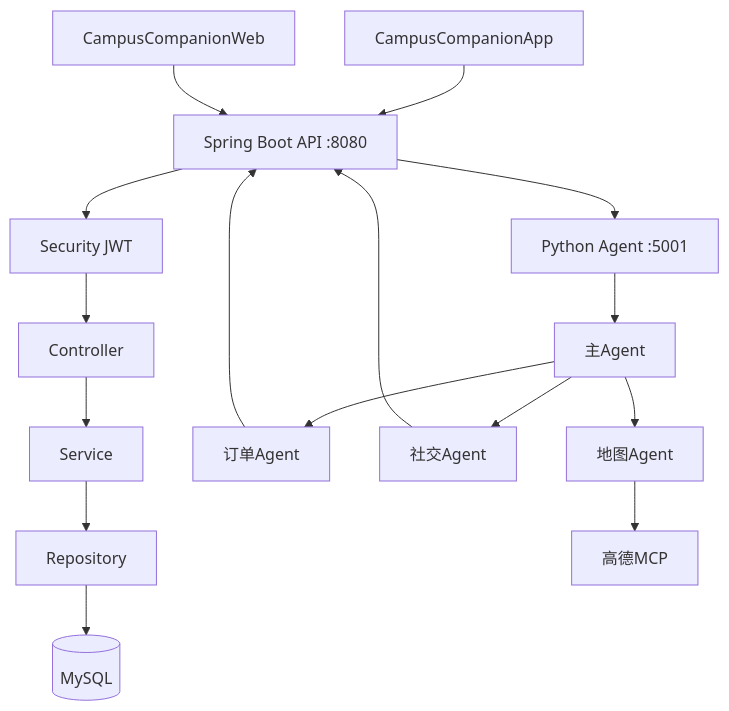
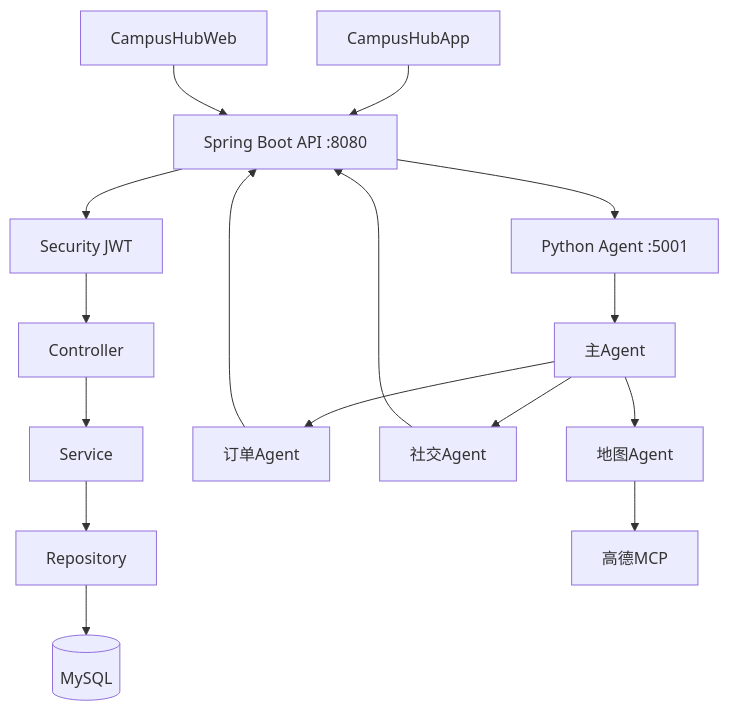
One commit to GYC-123456789/CampusActivity changed the second of 12 diagrams in docs/SystemAnalysis/drawio源码/README.md. Above: the diagram before and after it, drawn with Mermaid. The commit also changed other lines of this file and 388 other files, not shown here.

Commit message:
Rename project to CampusHub

````diff
--- a/docs/SystemAnalysis/drawio源码/README.md
+++ b/docs/SystemAnalysis/drawio源码/README.md
@@ -86,10 +86,10 @@
 ```mermaid
 flowchart TB
-    APP[CampusCompanionApp] --> API[Spring Boot API :8080]
-    WEB[CampusCompanionWeb] --> API
+    APP[CampusHubApp] --> API[Spring Boot API :8080]
+    WEB[CampusHubWeb] --> API
     API --> SEC[Security JWT] --> CTRL[Controller] --> SVC[Service] --> REPO[Repository] --> DB[(MySQL)]
     API --> AGENT[Python Agent :5001]
     AGENT --> MAIN[主Agent] --> SUB1[订单Agent] & SUB2[社交Agent] & SUB3[地图Agent]
     SUB1 & SUB2 --> API
     SUB3 --> MCP[高德MCP]
 ```
````
